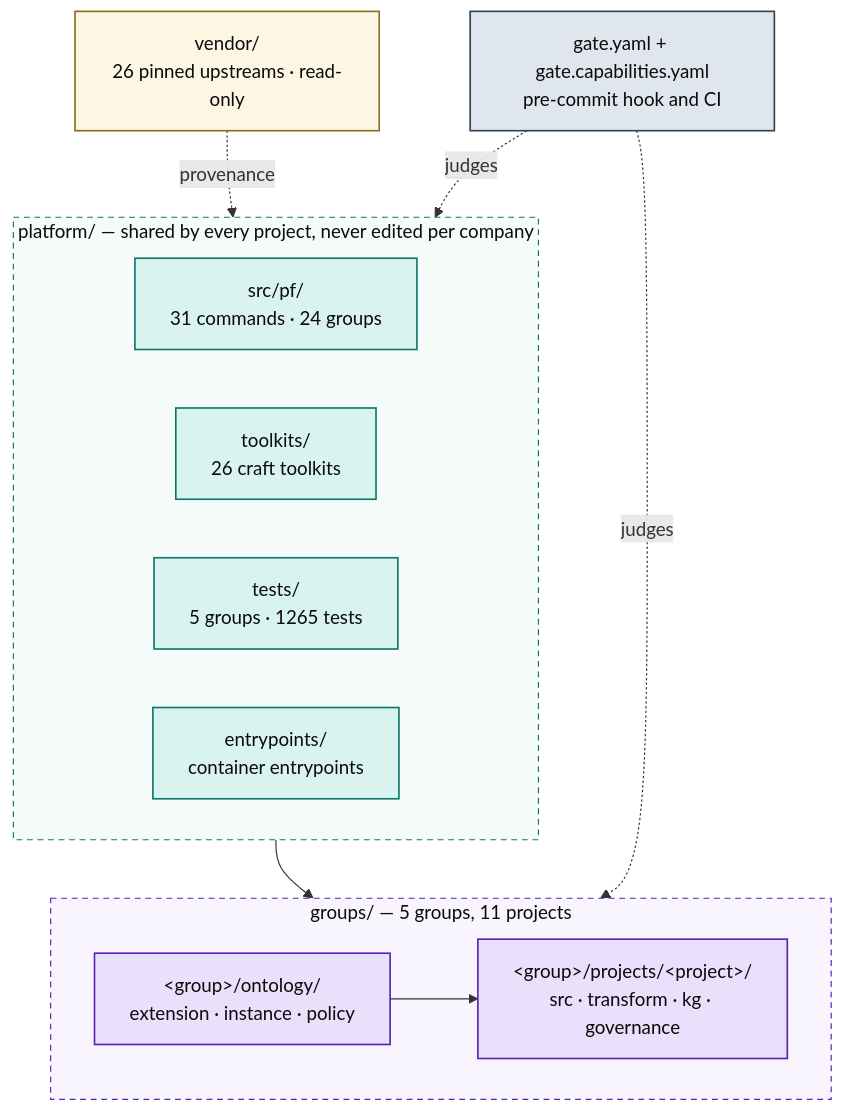
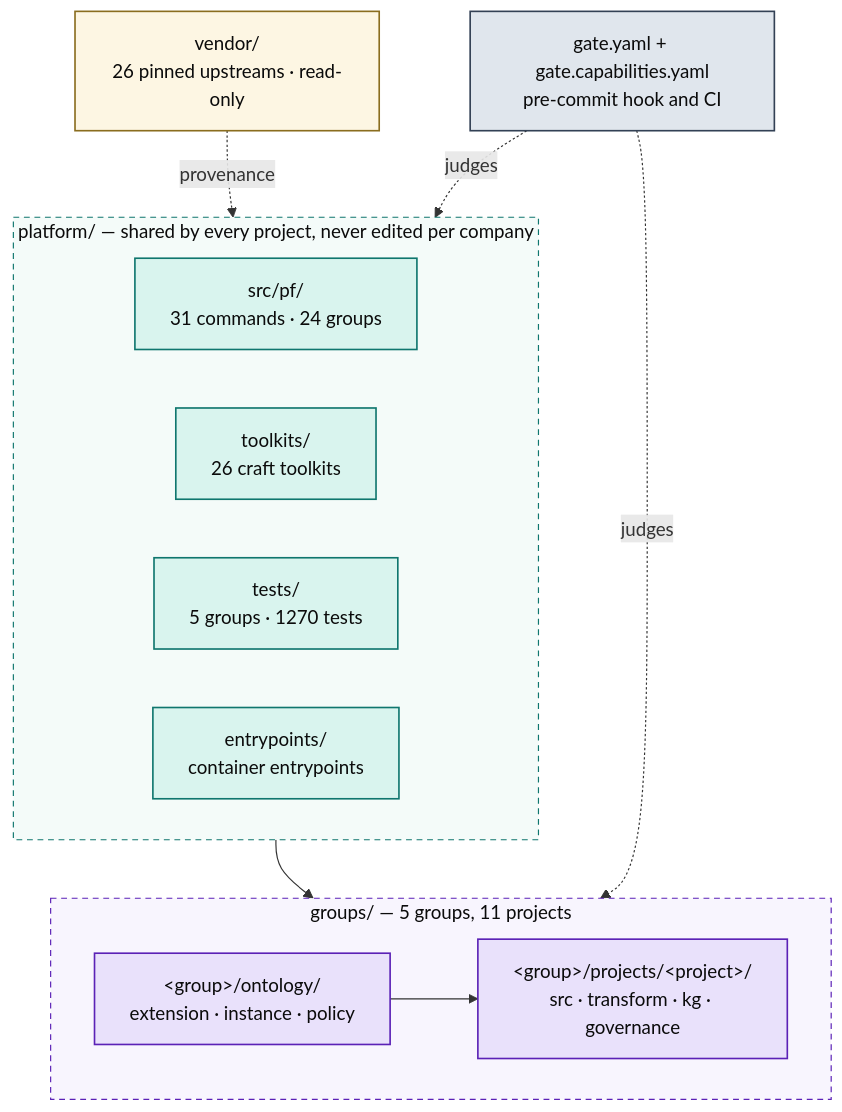
The first of 5 diagrams in docs/ARCHITECTURE.md (Atomz-org/data-platform), drawn with Mermaid before and after one commit. The commit also changed other lines of this file and 5 other files, not shown here.

````diff
--- a/docs/ARCHITECTURE.md
+++ b/docs/ARCHITECTURE.md
@@ -15,36 +15,36 @@
 ```mermaid
 flowchart TB
   subgraph SHARED["platform/ — shared by every project, never edited per company"]
     direction LR
     ENG["src/pf/<br/>31 commands · 24 groups"]
     TK["toolkits/<br/>26 craft toolkits"]
-    TST["tests/<br/>5 groups · 1265 tests"]
+    TST["tests/<br/>5 groups · 1270 tests"]
     ENT["entrypoints/<br/>container entrypoints"]
   end
 
   subgraph ENTITIES["groups/ — 5 groups, 11 projects"]
     direction LR
     GRP["&lt;group&gt;/ontology/<br/>extension · instance · policy"]
     PRJ["&lt;group&gt;/projects/&lt;project&gt;/<br/>src · transform · kg · governance"]
     GRP --> PRJ
   end
 
   VEN["vendor/<br/>26 pinned upstreams · read-only"]
   GATE["gate.yaml + gate.capabilities.yaml<br/>pre-commit hook and CI"]
 
   SHARED --> ENTITIES
   VEN -.provenance.-> SHARED
   GATE -.judges.-> ENTITIES
   GATE -.judges.-> SHARED
 
   classDef code fill:#d9f4ee,stroke:#0f766e,stroke-width:1.4px,color:#0b0b0b
   classDef data fill:#e9e1fb,stroke:#5b21b6,stroke-width:1.4px,color:#0b0b0b
   classDef gov fill:#e0e6ed,stroke:#334155,stroke-width:1.4px,color:#0b0b0b
   classDef ext fill:#fdf6e3,stroke:#8a6d1f,stroke-width:1.4px,color:#0b0b0b
   class ENG,TK,TST,ENT code
   class GRP,PRJ data
   class GATE gov
   class VEN ext
   style SHARED fill:#f4fbf9,stroke:#0f766e,stroke-dasharray:5 4,color:#0b0b0b
   style ENTITIES fill:#f8f5fe,stroke:#5b21b6,stroke-dasharray:5 4,color:#0b0b0b
 ```
````
